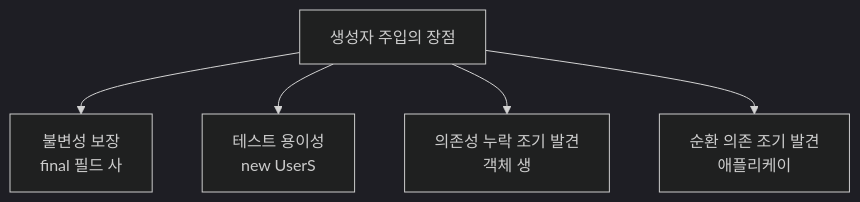
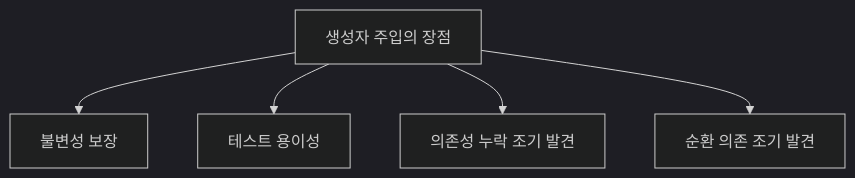
The third of 5 diagrams in _posts/spring/2022-06-16-의존관계 주입(DI).md (yjkim2015/yjkim2015.github.io), drawn with Mermaid (dark theme) before and after one commit. The commit also changed other lines of this file and 217 other files, not shown here.

First line of the commit message:
Mermaid 크기 수정: useMaxWidth:true + SVG max-width:100% + 라벨 축소

````diff
--- a/_posts/spring/2022-06-16-의존관계 주입(DI).md
+++ b/_posts/spring/2022-06-16-의존관계 주입(DI).md
@@ -98,8 +98,8 @@
 ```mermaid
 graph TD
     CI["생성자 주입의 장점"]
-    CI --> IMM["불변성 보장\nfinal 필드 사"]
-    CI --> TEST["테스트 용이성\nnew UserS"]
-    CI --> FAIL["의존성 누락 조기 발견\n객체 생"]
-    CI --> CYCLE["순환 의존 조기 발견\n애플리케이"]
+    CI --> IMM["불변성 보장"]
+    CI --> TEST["테스트 용이성"]
+    CI --> FAIL["의존성 누락 조기 발견"]
+    CI --> CYCLE["순환 의존 조기 발견"]
 ```
````
